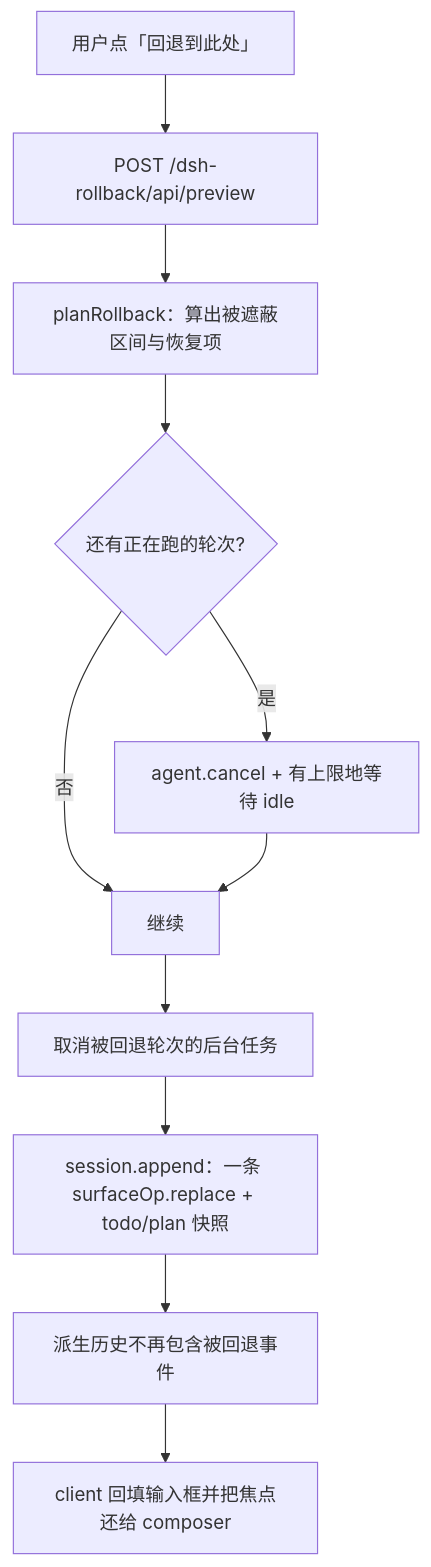
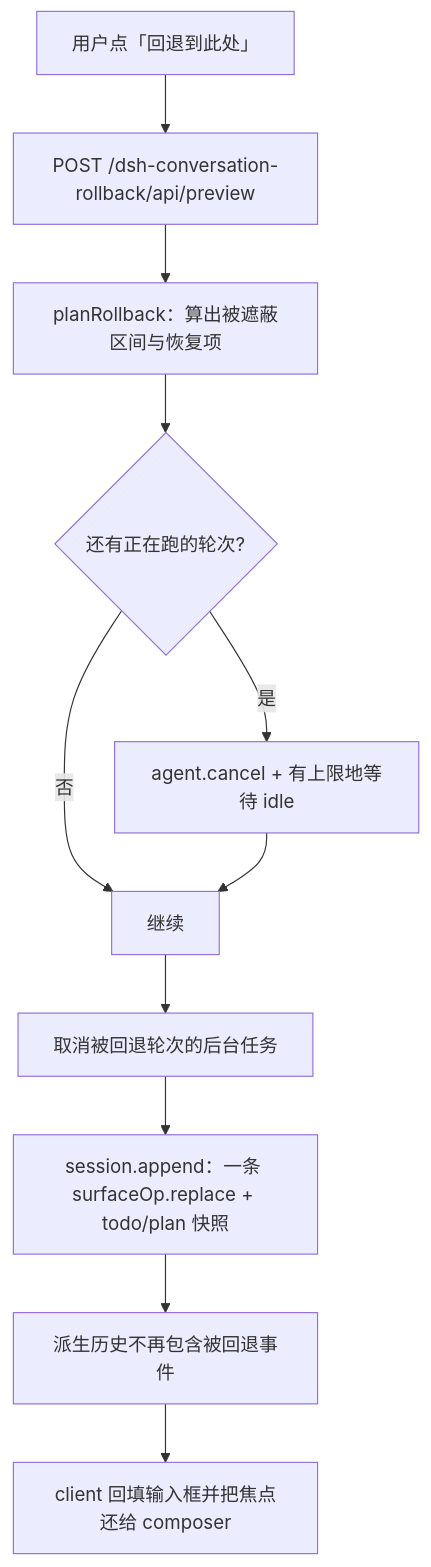
The diagram in README.md (fu-roc/dsh-conversation-rollback), drawn with Mermaid before and after one commit. The commit also changed other lines of this file and 6 other files, not shown here.

First line of the commit message:
rename to dsh-conversation-rollback

````diff
--- a/README.md
+++ b/README.md
@@ -83,13 +83,13 @@
 ```mermaid
 flowchart TD
-    A["用户点「回退到此处」"] --> B["POST /dsh-rollback/api/preview"]
+    A["用户点「回退到此处」"] --> B["POST /dsh-conversation-rollback/api/preview"]
     B --> C["planRollback：算出被遮蔽区间与恢复项"]
     C --> D{还有正在跑的轮次?}
     D -- 是 --> E["agent.cancel + 有上限地等待 idle"]
     D -- 否 --> F[继续]
     E --> F
     F --> G["取消被回退轮次的后台任务"]
     G --> H["session.append：一条 surfaceOp.replace + todo/plan 快照"]
     H --> I["派生历史不再包含被回退事件"]
     I --> J["client 回填输入框并把焦点还给 composer"]
 ```
````
